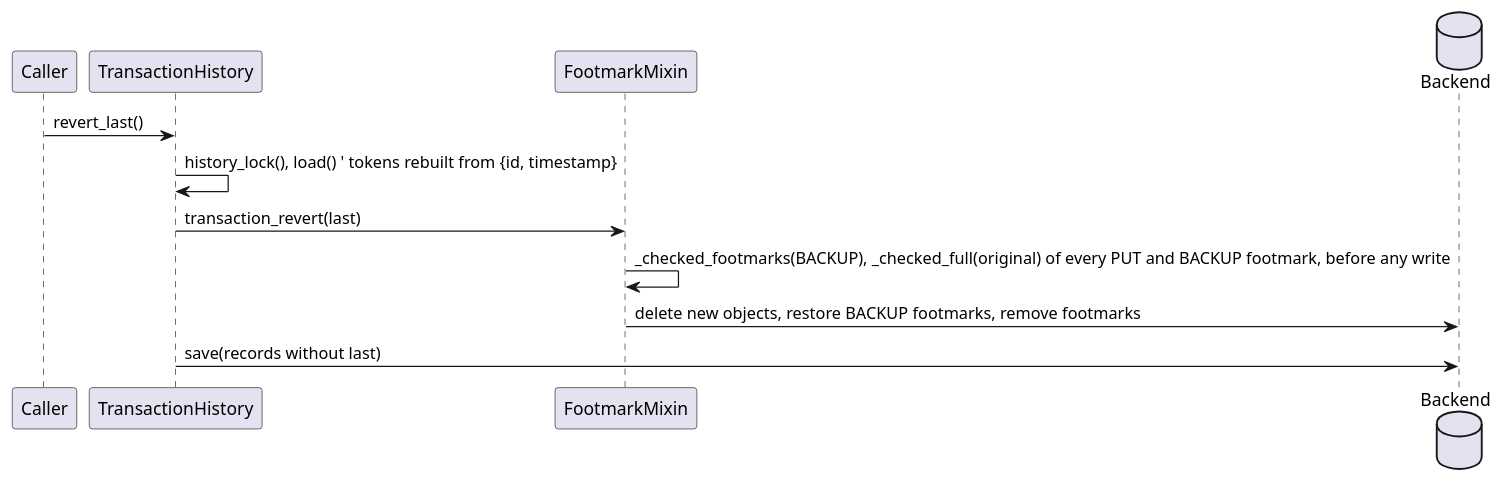
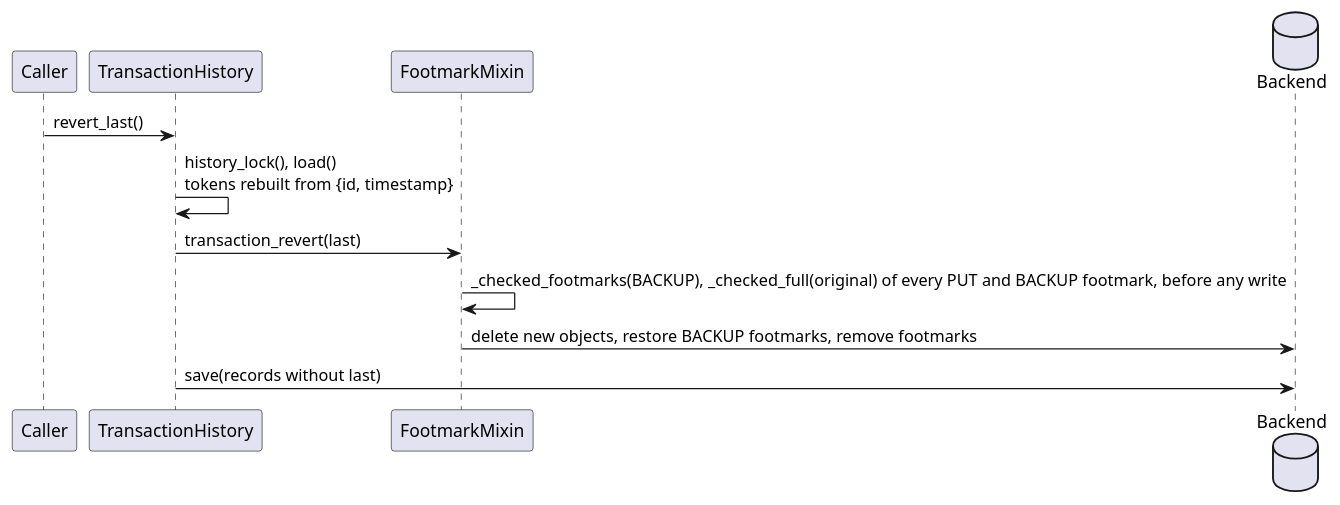
One commit to vinklat/txstore changed the diagram in docs/development/diagrams/transactions-revert.puml. Above: the diagram before and after it, drawn with PlantUML. The commit also changed 3 other files, not shown here.

First line of the commit message:
Show transaction diagram notes as label lines, not stray quotes

```diff
--- a/docs/development/diagrams/transactions-revert.puml
+++ b/docs/development/diagrams/transactions-revert.puml
@@ -1,13 +1,13 @@
 @startuml
 participant Caller
 participant TransactionHistory as TH
 participant FootmarkMixin as FM
 database Backend
 
 Caller -> TH : revert_last()
-TH -> TH : history_lock(), load() ' tokens rebuilt from {id, timestamp}
+TH -> TH : history_lock(), load()\ntokens rebuilt from {id, timestamp}
 TH -> FM : transaction_revert(last)
 FM -> FM : _checked_footmarks(BACKUP), _checked_full(original) of every PUT and BACKUP footmark, before any write
 FM -> Backend : delete new objects, restore BACKUP footmarks, remove footmarks
 TH -> Backend : save(records without last)
 @enduml
```
